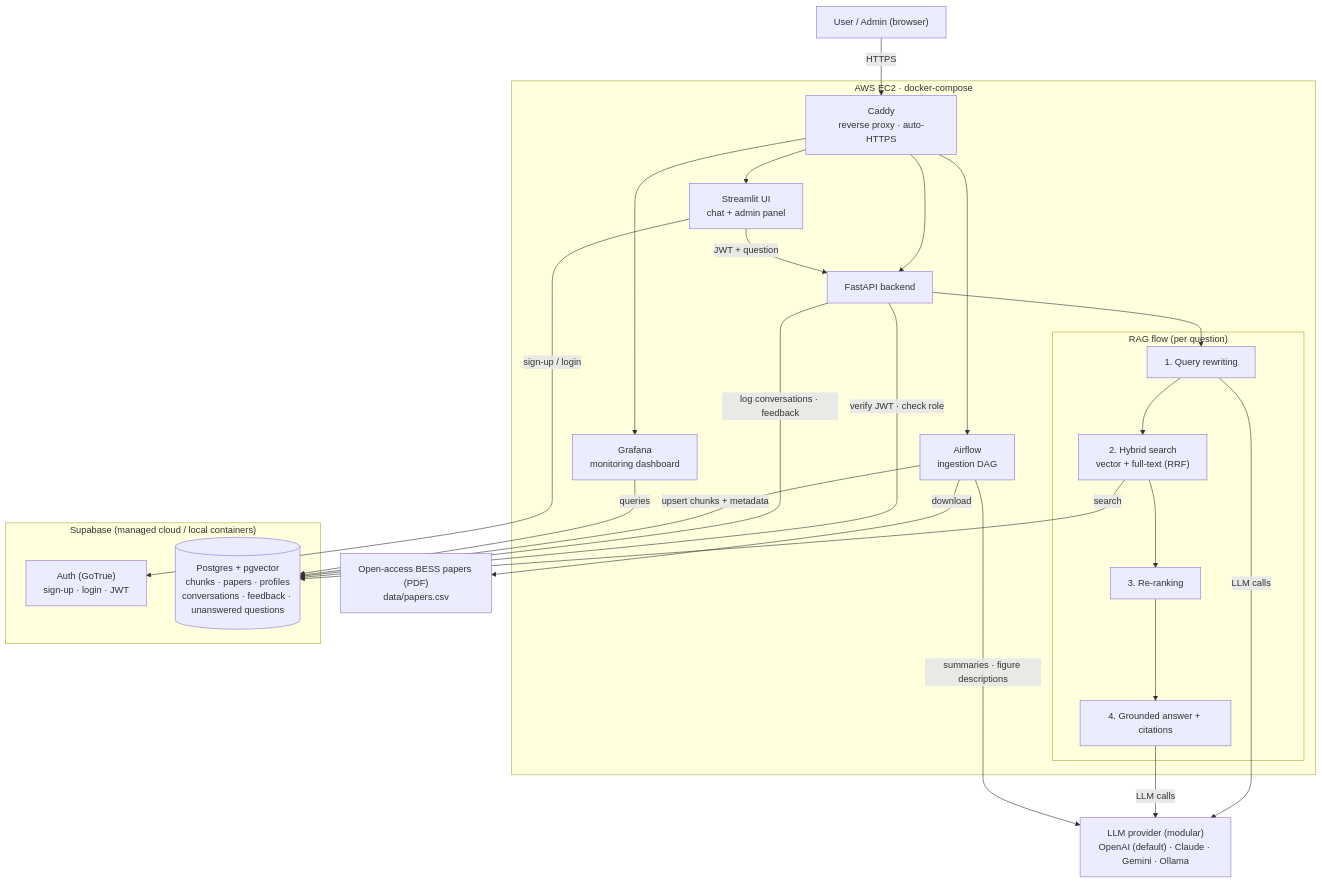
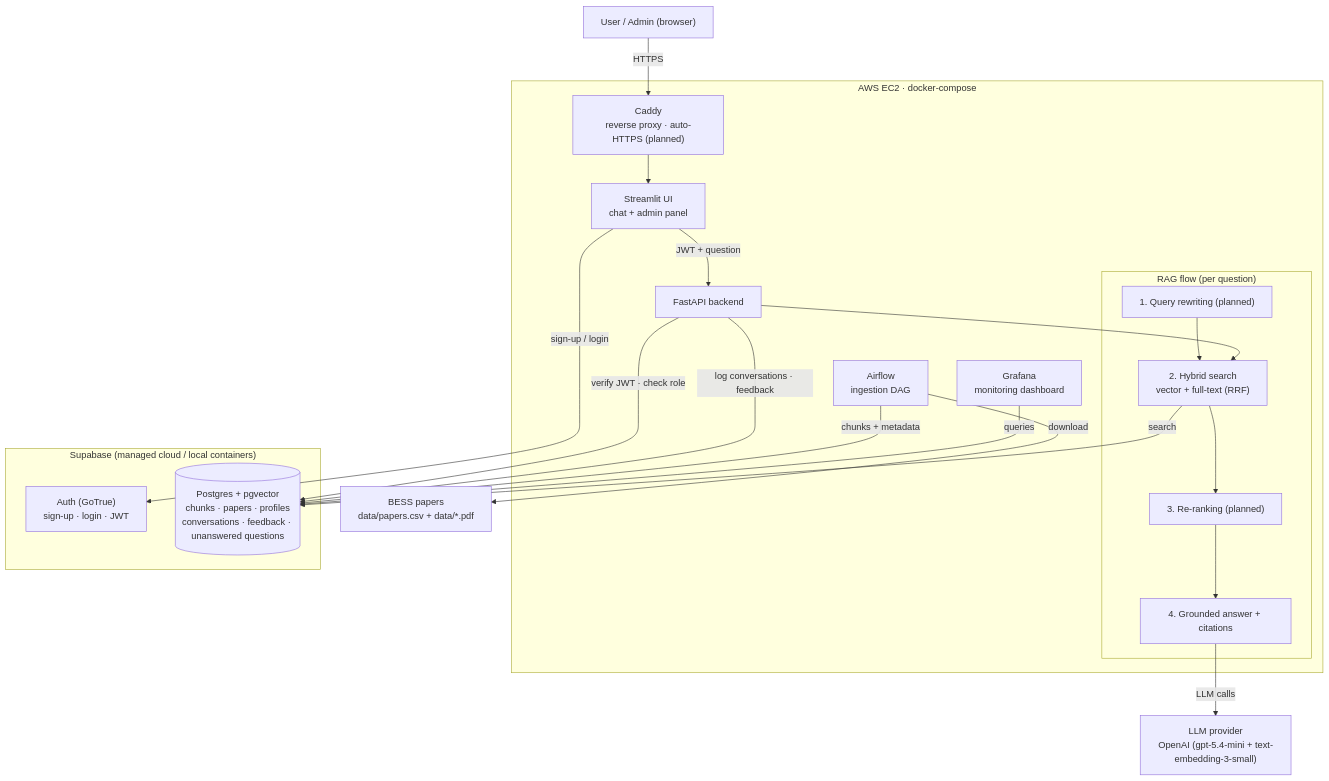
Before and after one commit to jveg25/llm-zoomcamp-jesus-vega-capstone-project: the diagram in README.md, drawn with Mermaid. The commit also changed other lines of this file, not shown here.

````diff
--- a/README.md
+++ b/README.md
@@ -7,47 +38,42 @@
 ```mermaid
 flowchart TB
     U["User / Admin (browser)"]
 
     subgraph EDGE["AWS EC2 · docker-compose"]
-        CADDY["Caddy<br/>reverse proxy · auto-HTTPS"]
+        CADDY["Caddy<br/>reverse proxy · auto-HTTPS (planned)"]
         UI["Streamlit UI<br/>chat + admin panel"]
         API["FastAPI backend"]
 
         subgraph RAG["RAG flow (per question)"]
-            QR["1. Query rewriting"]
+            QR["1. Query rewriting (planned)"]
             HS["2. Hybrid search<br/>vector + full-text (RRF)"]
-            RR["3. Re-ranking"]
+            RR["3. Re-ranking (planned)"]
             GEN["4. Grounded answer + citations"]
             QR --> HS --> RR --> GEN
         end
 
         AF["Airflow<br/>ingestion DAG"]
         GF["Grafana<br/>monitoring dashboard"]
     end
 
     subgraph SUPA["Supabase (managed cloud / local containers)"]
         AUTH["Auth (GoTrue)<br/>sign-up · login · JWT"]
         DB[("Postgres + pgvector<br/>chunks · papers · profiles<br/>conversations · feedback · unanswered questions")]
     end
 
-    LLM["LLM provider (modular)<br/>OpenAI (default) · Claude · Gemini · Ollama"]
-    PDF["Open-access BESS papers (PDF)<br/>data/papers.csv"]
+    LLM["LLM provider<br/>OpenAI (gpt-5.4-mini + text-embedding-3-small)"]
+    PDF["BESS papers<br/>data/papers.csv + data/*.pdf"]
 
     U -->|HTTPS| CADDY
     CADDY --> UI
-    CADDY --> API
-    CADDY --> AF
-    CADDY --> GF
     UI -->|sign-up / login| AUTH
     UI -->|JWT + question| API
     API -->|verify JWT · check role| DB
-    API --> QR
-    QR -->|LLM calls| LLM
+    API --> HS
     GEN -->|LLM calls| LLM
     HS -->|search| DB
     API -->|log conversations · feedback| DB
     AF -->|download| PDF
-    AF -->|summaries · figure descriptions| LLM
-    AF -->|upsert chunks + metadata| DB
+    AF -->|chunks + metadata| DB
     GF -->|queries| DB
 ```
````
